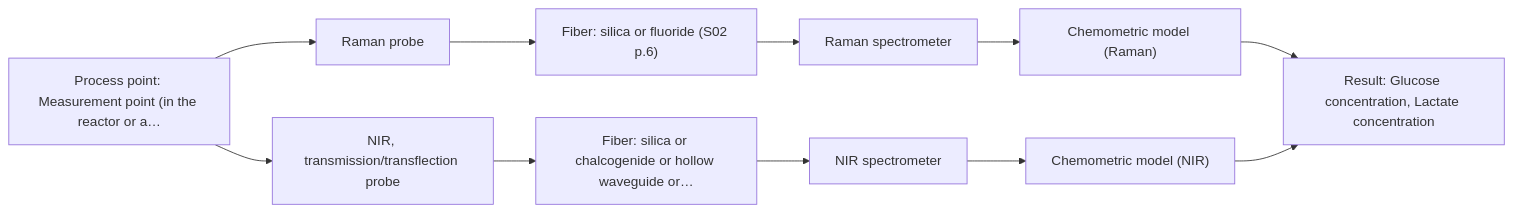
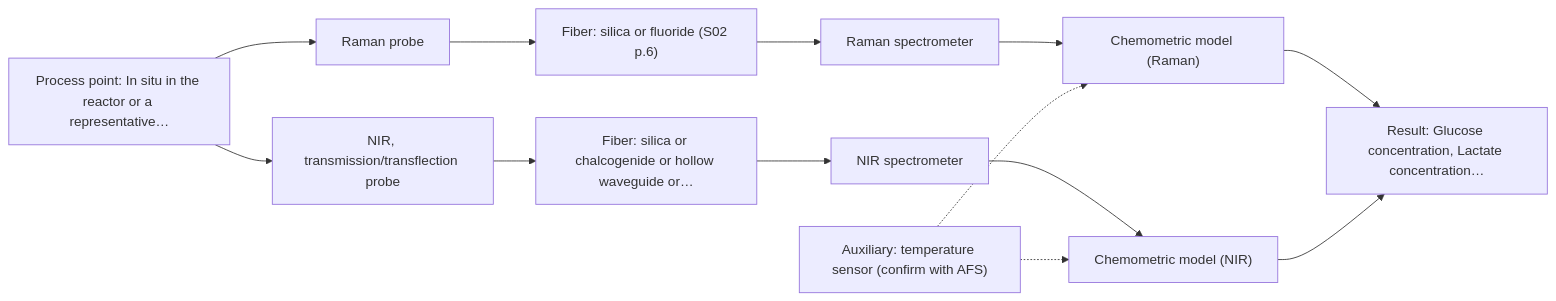
The first of 2 diagrams in outputs/dev/D04.md (sleipnir029/Afs-Spectroscopy-Assistant), drawn with Mermaid before and after one commit. The commit also changed other lines of this file and 41 other files, not shown here.

````diff
--- a/outputs/dev/D04.md
+++ b/outputs/dev/D04.md
@@ -38,23 +38,26 @@
 ```mermaid
 flowchart LR
-    proc["Process point: Measurement point (in the reactor or a…"]
+    proc["Process point: In situ in the reactor or a representative…"]
     probe1["Raman probe"]
     fiber1["Fiber: silica or fluoride (S02 p.6)"]
     spec1["Raman spectrometer"]
     model1["Chemometric model (Raman)"]
     probe2["NIR, transmission/transflection probe"]
     fiber2["Fiber: silica or chalcogenide or hollow waveguide or…"]
     spec2["NIR spectrometer"]
     model2["Chemometric model (NIR)"]
-    result["Result: Glucose concentration, Lactate concentration"]
+    result["Result: Glucose concentration, Lactate concentration…"]
+    aux1["Auxiliary: temperature sensor (confirm with AFS)"]
     proc --> probe1
     probe1 --> fiber1
     fiber1 --> spec1
     spec1 --> model1
     proc --> probe2
     probe2 --> fiber2
     fiber2 --> spec2
     spec2 --> model2
     model1 --> result
     model2 --> result
+    aux1 -.-> model1
+    aux1 -.-> model2
 ```
````
